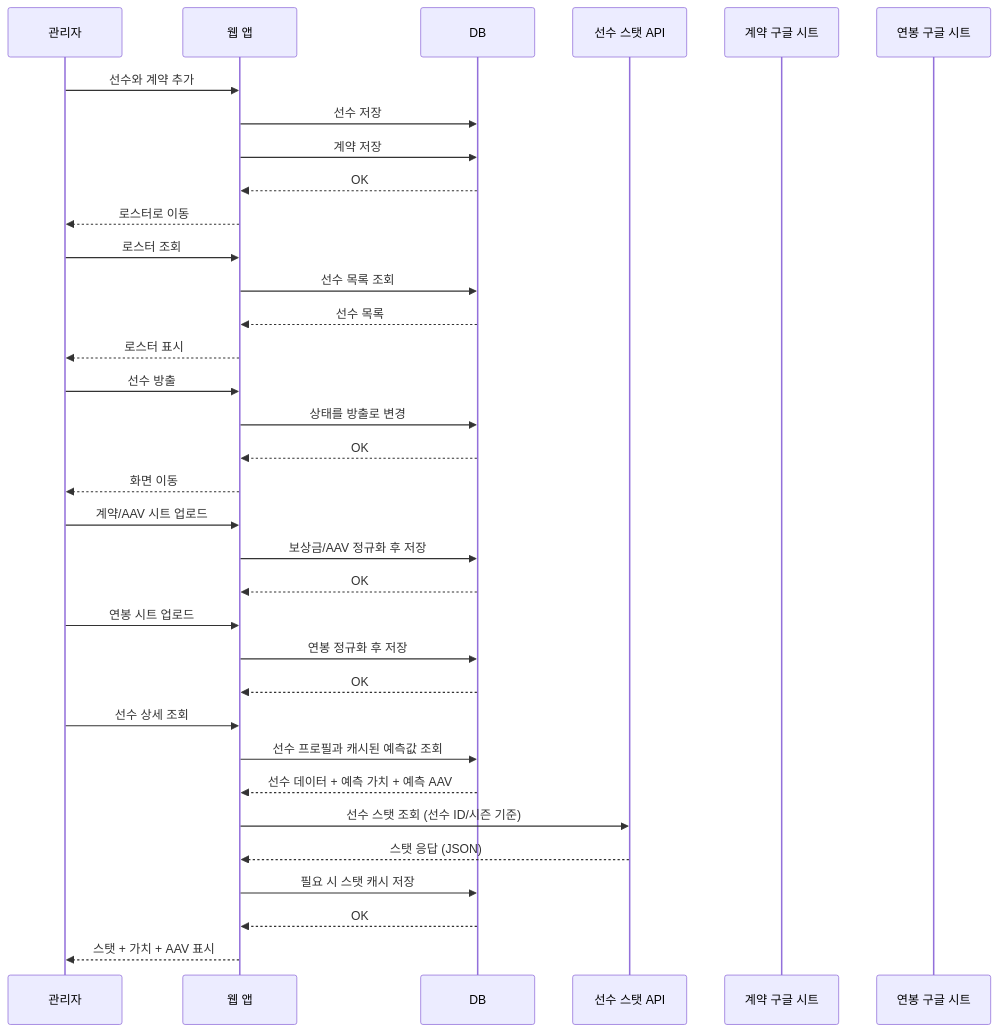
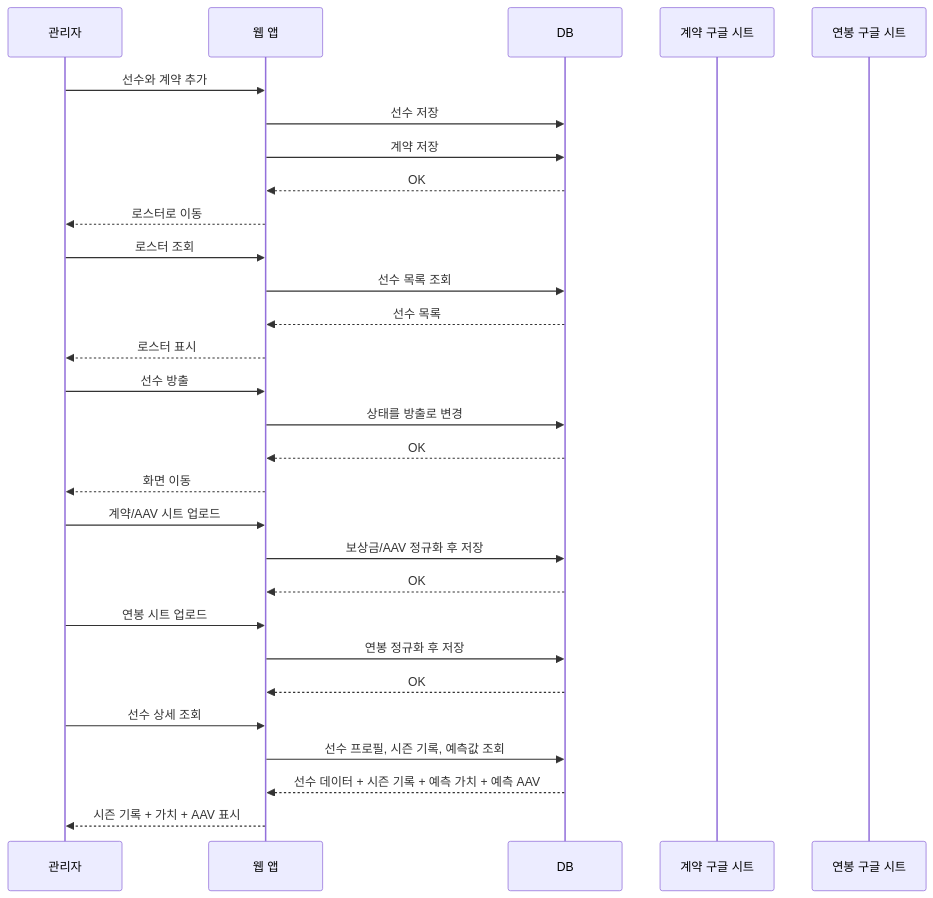
One commit to yechuk/backend changed the fourth of 6 diagrams in ARCHITECTURE_TOBE.md. Above: the diagram before and after it, drawn with Mermaid. The commit also changed other lines of this file and 28 other files, not shown here.

````diff
--- a/ARCHITECTURE_TOBE.md
+++ b/ARCHITECTURE_TOBE.md
@@ -67,42 +161,37 @@
 ```mermaid
 sequenceDiagram
     participant M as 관리자
     participant W as 웹 앱
     participant DB as DB
-    participant API as 선수 스탯 API
     participant GS1 as 계약 구글 시트
     participant GS2 as 연봉 구글 시트
     
     M->>W: 선수와 계약 추가
     W->>DB: 선수 저장
     W->>DB: 계약 저장
     DB-->>W: OK
     W-->>M: 로스터로 이동
     
     M->>W: 로스터 조회
     W->>DB: 선수 목록 조회
     DB-->>W: 선수 목록
     W-->>M: 로스터 표시
     
     M->>W: 선수 방출
     W->>DB: 상태를 방출로 변경
     DB-->>W: OK
     W-->>M: 화면 이동
 
     M->>W: 계약/AAV 시트 업로드
     W->>DB: 보상금/AAV 정규화 후 저장
     DB-->>W: OK
 
     M->>W: 연봉 시트 업로드
     W->>DB: 연봉 정규화 후 저장
     DB-->>W: OK
 
     M->>W: 선수 상세 조회
-    W->>DB: 선수 프로필과 캐시된 예측값 조회
-    DB-->>W: 선수 데이터 + 예측 가치 + 예측 AAV
-    W->>API: 선수 스탯 조회 (선수 ID/시즌 기준)
-    API-->>W: 스탯 응답 (JSON)
-    W->>DB: 필요 시 스탯 캐시 저장
-    DB-->>W: OK
-    W-->>M: 스탯 + 가치 + AAV 표시
+    W->>DB: 선수 프로필, 시즌 기록, 예측값 조회
+    DB-->>W: 선수 데이터 + 시즌 기록 + 예측 가치 + 예측 AAV
+    W-->>M: 시즌 기록 + 가치 + AAV 표시
 ```
````
